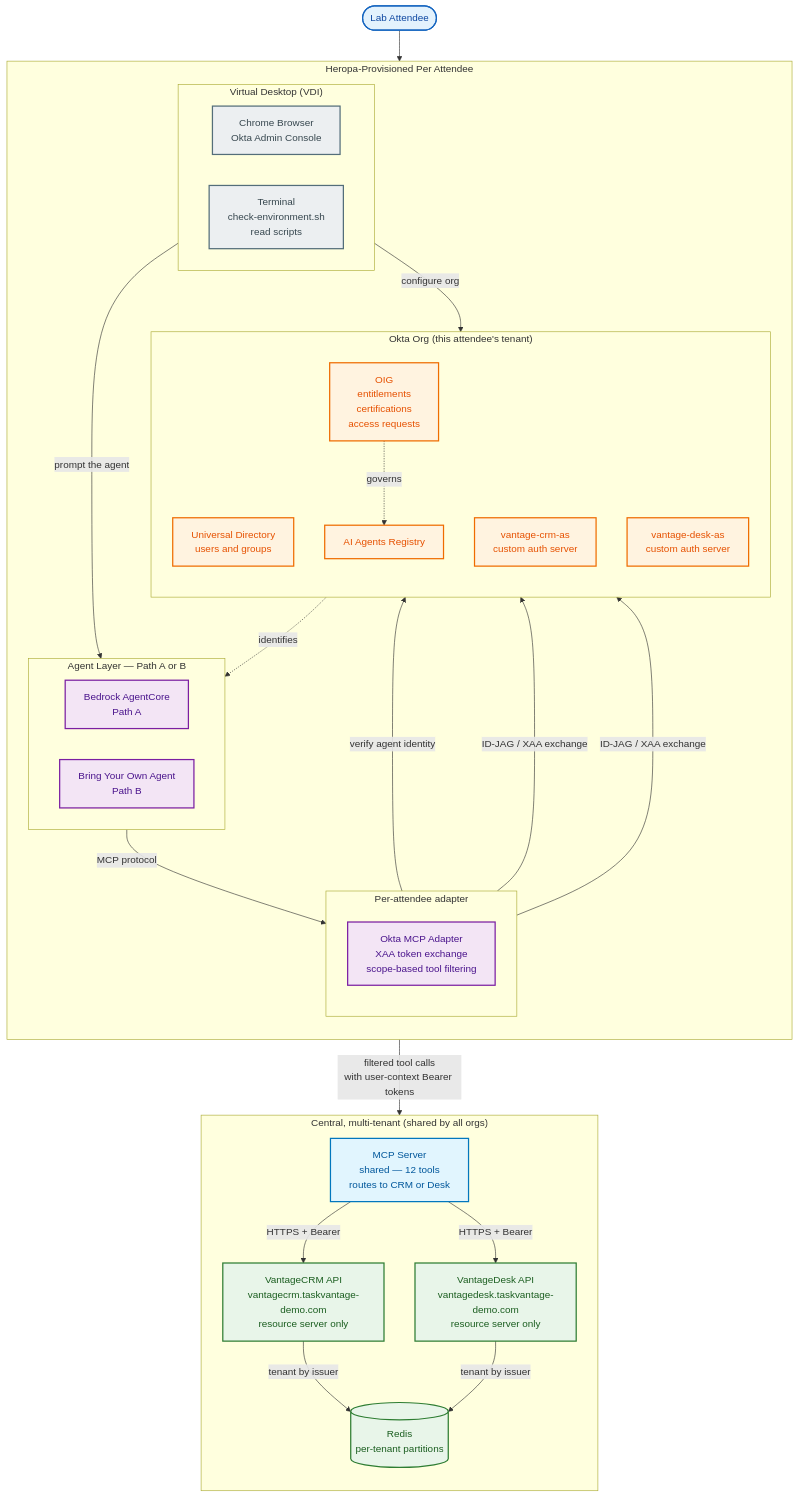
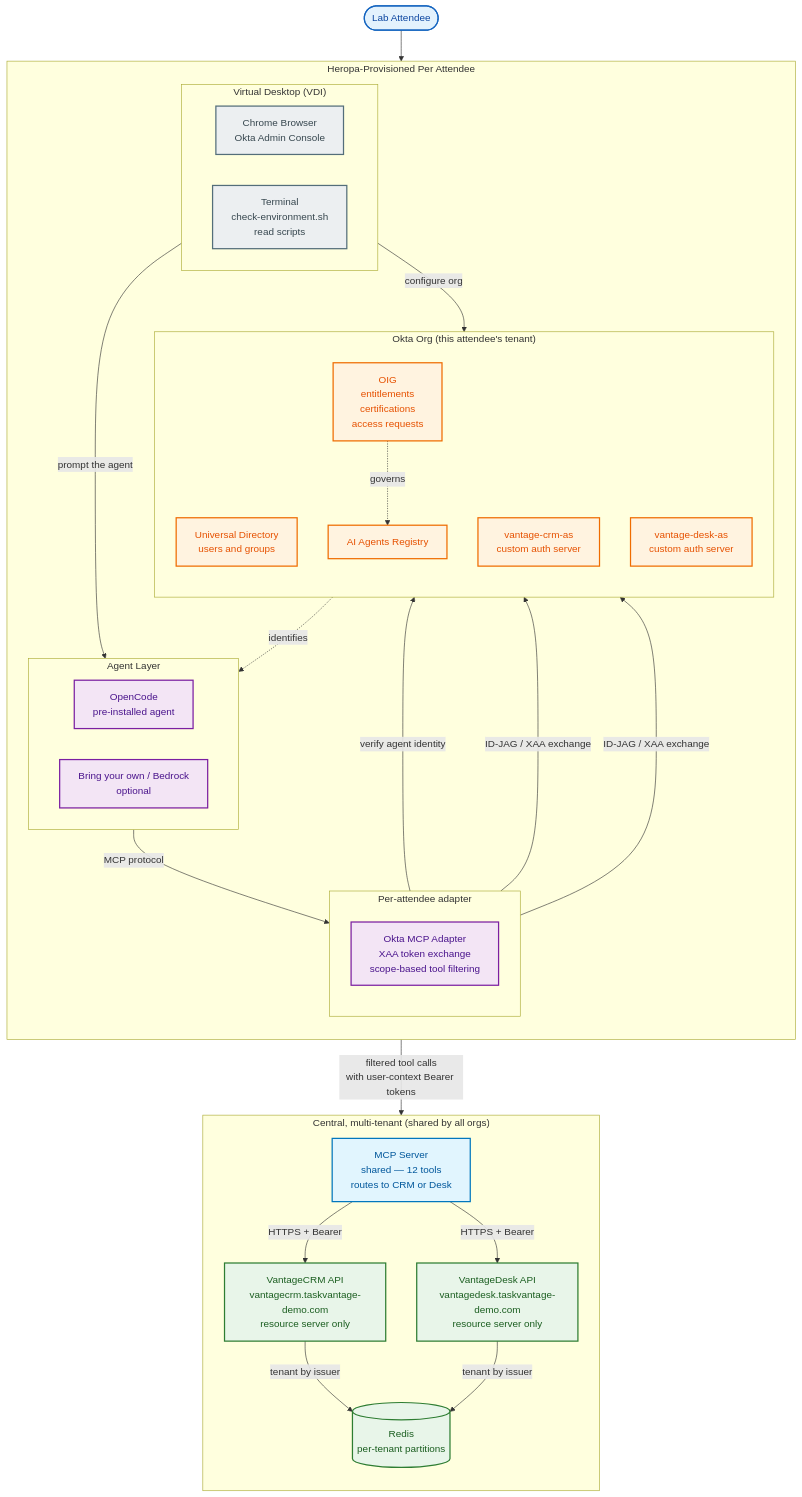
The diagram in lab-architecture.md (joevanhorn/04aa-tech-camp), drawn with Mermaid before and after one commit. The commit also changed other lines of this file and 6 other files, not shown here.

First line of the commit message:
docs: OpenCode as the primary agent path + endpoint cleanup (#3)

````diff
--- a/lab-architecture.md
+++ b/lab-architecture.md
@@ -18,73 +18,73 @@
 ```mermaid
 flowchart TB
     User([Lab Attendee])
 
     subgraph Heropa["Heropa-Provisioned Per Attendee"]
         direction TB
 
         subgraph VDI["Virtual Desktop (VDI)"]
             direction LR
             Browser[Chrome Browser<br>Okta Admin Console]
             Terminal[Terminal<br>check-environment.sh<br>read scripts]
         end
 
-        subgraph AgentLayer["Agent Layer — Path A or B"]
+        subgraph AgentLayer["Agent Layer"]
             direction LR
-            Bedrock[Bedrock AgentCore<br>Path A]
-            BYO[Bring Your Own Agent<br>Path B]
+            OpenCode[OpenCode<br>pre-installed agent]
+            BYO[Bring your own / Bedrock<br>optional]
         end
 
         subgraph Edge["Per-attendee adapter"]
             direction TB
             Adapter[Okta MCP Adapter<br>XAA token exchange<br>scope-based tool filtering]
         end
 
         subgraph Okta["Okta Org (this attendee's tenant)"]
             direction TB
             UD[Universal Directory<br>users and groups]
             AIRegistry[AI Agents Registry]
             CRMAS[vantage-crm-as<br>custom auth server]
             DeskAS[vantage-desk-as<br>custom auth server]
             OIG[OIG<br>entitlements<br>certifications<br>access requests]
         end
     end
 
     subgraph Central["Central, multi-tenant (shared by all orgs)"]
         direction TB
         MCP[MCP Server<br>shared — 12 tools<br>routes to CRM or Desk]
         CRM[VantageCRM API<br>vantagecrm.taskvantage-demo.com<br>resource server only]
         Desk[VantageDesk API<br>vantagedesk.taskvantage-demo.com<br>resource server only]
         Redis[(Redis<br>per-tenant partitions)]
     end
 
     User --> Browser
     Browser -->|configure org| Okta
     Browser -->|prompt the agent| AgentLayer
 
     AgentLayer -->|MCP protocol| Adapter
     Adapter -->|verify agent identity| AIRegistry
     Adapter -->|ID-JAG / XAA exchange| CRMAS
     Adapter -->|ID-JAG / XAA exchange| DeskAS
     Adapter -->|filtered tool calls<br>with user-context Bearer tokens| MCP
     MCP -->|HTTPS + Bearer| CRM
     MCP -->|HTTPS + Bearer| Desk
     CRM -->|tenant by issuer| Redis
     Desk -->|tenant by issuer| Redis
 
     OIG -.governs.-> AIRegistry
     AIRegistry -.identifies.-> AgentLayer
 
     classDef trigger fill:#e3f2fd,stroke:#1565c0,stroke-width:2px,color:#0d47a1
     classDef infra fill:#eceff1,stroke:#546e7a,stroke-width:2px,color:#37474f
     classDef oktaCore fill:#fff3e0,stroke:#ef6c00,stroke-width:2px,color:#e65100
     classDef workflow fill:#f3e5f5,stroke:#7b1fa2,stroke-width:2px,color:#4a148c
     classDef action fill:#e1f5fe,stroke:#0277bd,stroke-width:2px,color:#01579b
     classDef governance fill:#e8f5e9,stroke:#2e7d32,stroke-width:2px,color:#1b5e20
 
     class User trigger
     class Browser,Terminal infra
-    class Bedrock,BYO,Adapter workflow
+    class OpenCode,BYO,Adapter workflow
     class MCP action
     class CRM,Desk,Redis governance
     class UD,AIRegistry,CRMAS,DeskAS,OIG oktaCore
 ```
````
